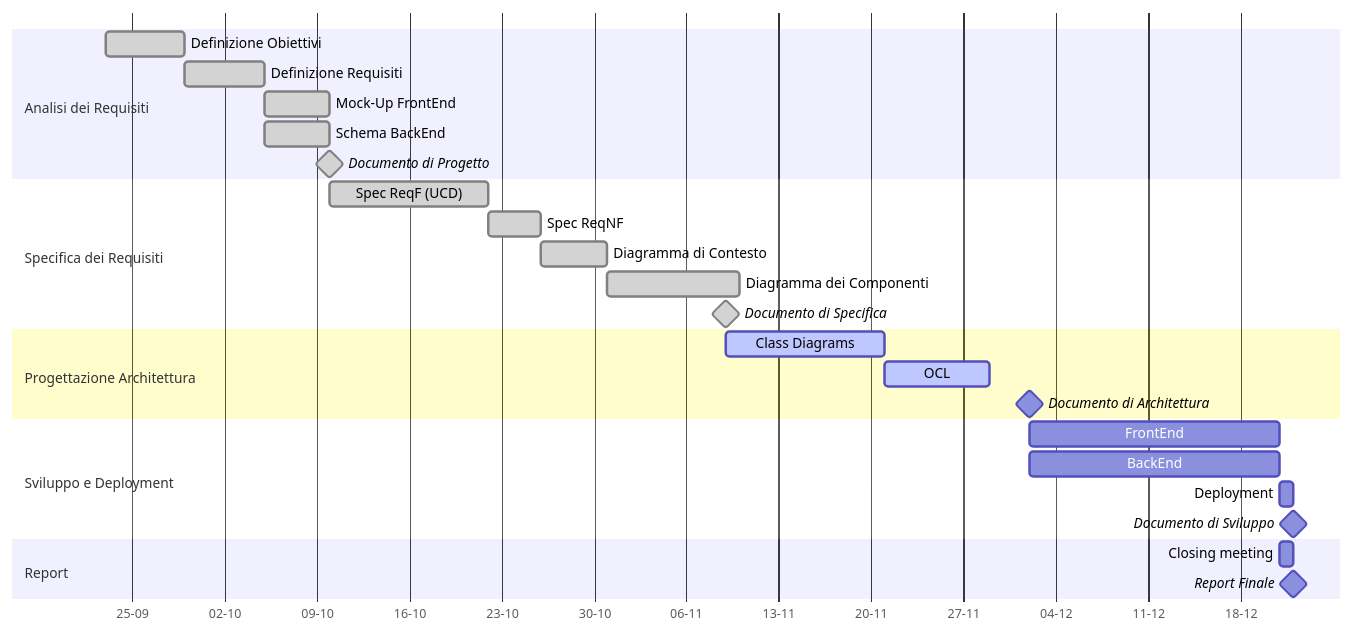
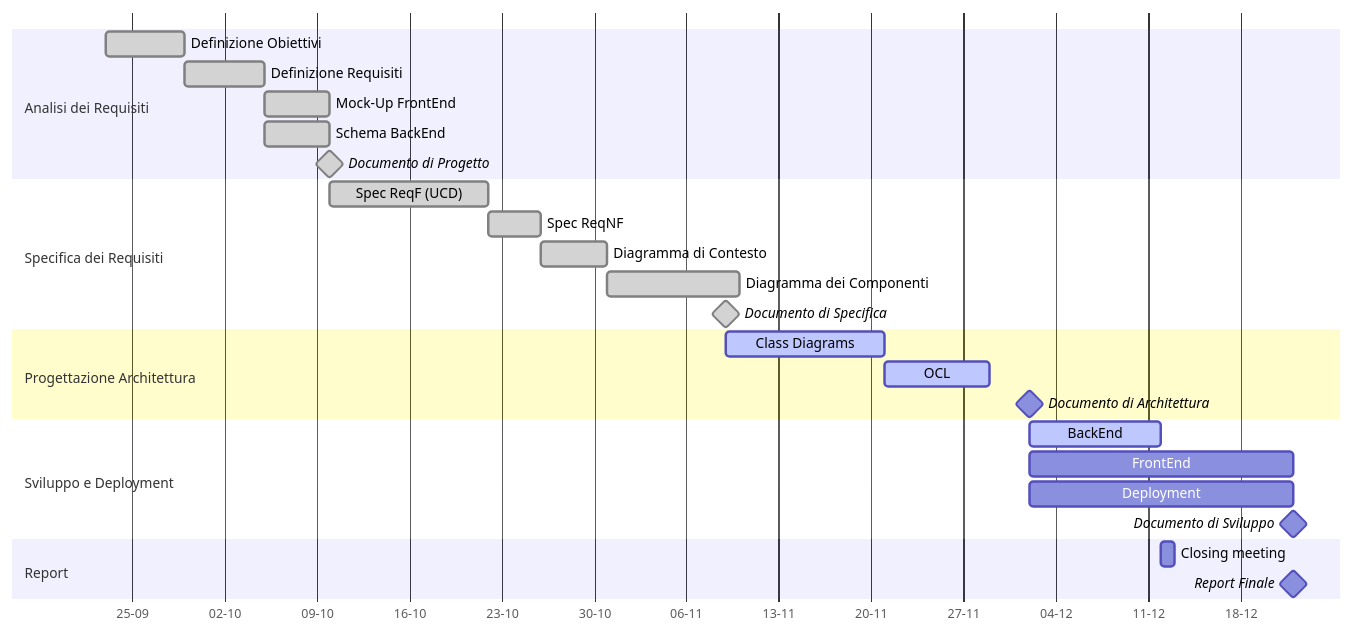
One commit to amanfucci/ardeeno-workondeliverables changed the diagram in pm/2-Project-Plan.md. Above: the diagram before and after it, drawn with Mermaid. The commit also changed other lines of this file and 4 other files, not shown here.

````diff
--- a/pm/2-Project-Plan.md
+++ b/pm/2-Project-Plan.md
@@ -5,35 +5,35 @@
 ```mermaid
 gantt
     dateFormat DD-MM
     axisFormat %d-%m
 
     section Analisi dei Requisiti
     Definizione Obiettivi :done, a0, 23-09, 29-09
     Definizione Requisiti :done,a1, after a0, 05-10
     Mock-Up FrontEnd :done,a2, after a1, 10-10 
     Schema BackEnd :done,a3, after a1, 10-10
     Documento di Progetto :done,milestone, am, 10-10, 0d
     
     section Specifica dei Requisiti
     Spec ReqF (UCD) :done,s0, after am, 12d
     Spec ReqNF :done,s1, after s0, 4d
     Diagramma di Contesto :done,s2, after s1, 5d
     Diagramma dei Componenti :done, s3, after s2, 10d
     Documento di Specifica :done, milestone, sm, 09-11, 0d
 
     section Progettazione Architettura
     Class Diagrams :active, pa0, after sm, 12d
     OCL :active, pa1, after pa0, 8d
     Documento di Architettura :milestone, pam, 02-12, 0d
 
     section Sviluppo e Deployment
-    FrontEnd :d0, after pam, 21-12
-    BackEnd :d1, after pam, 21-12
-    Deployment :d2, after d1, 22-12
+    BackEnd :active, d0, after pam, 12-12
+    FrontEnd :d1, after pam, 22-12
+    Deployment :d2, after pam, 22-12
     Documento di Sviluppo :milestone, dm, 22-12, 0d
 
     section Report
-    Closing meeting :i0, 21-12, 22-12
+    Closing meeting :i0, 12-12, 1d
     Report Finale :milestone, fm, 22-12, 0d
 
 ```
````
